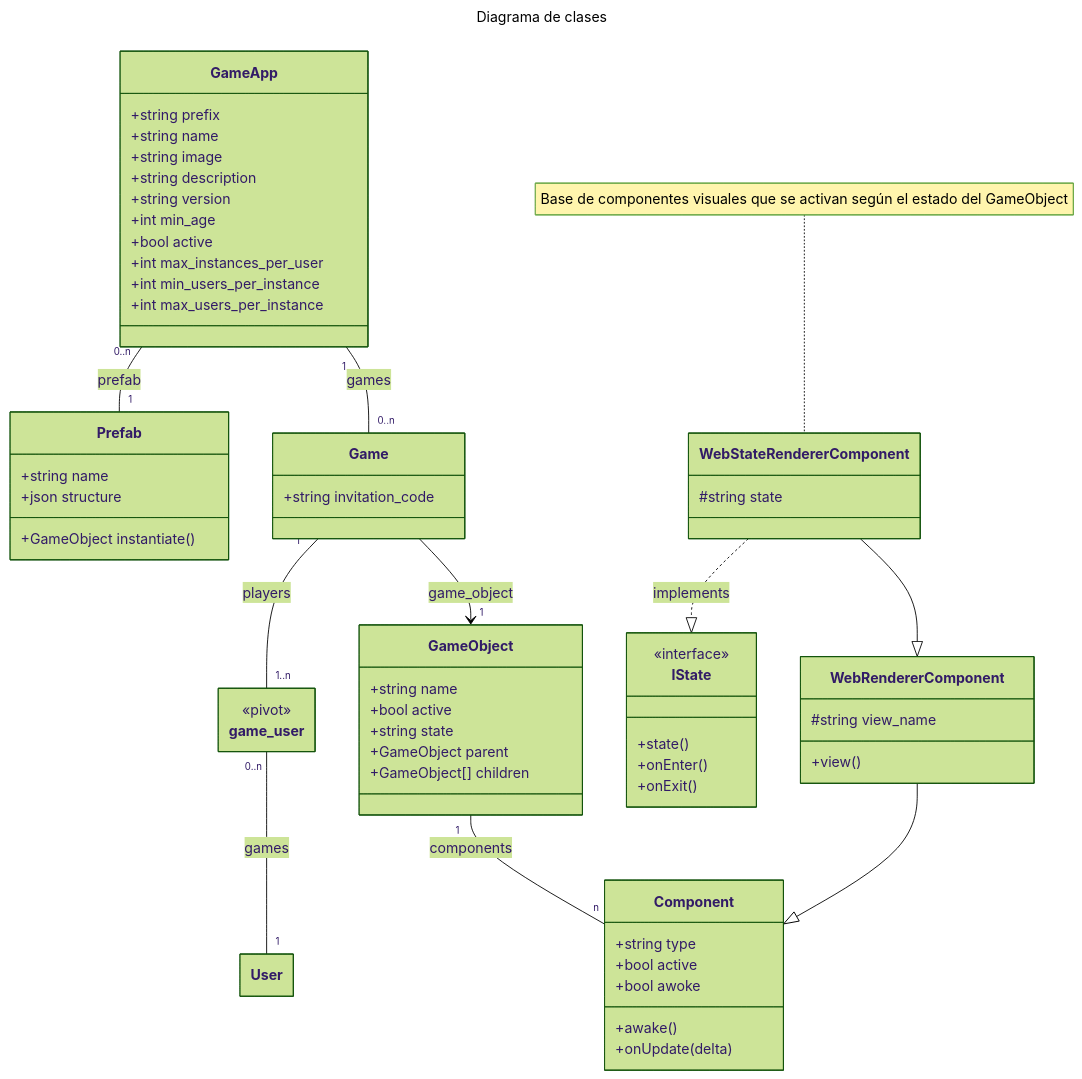
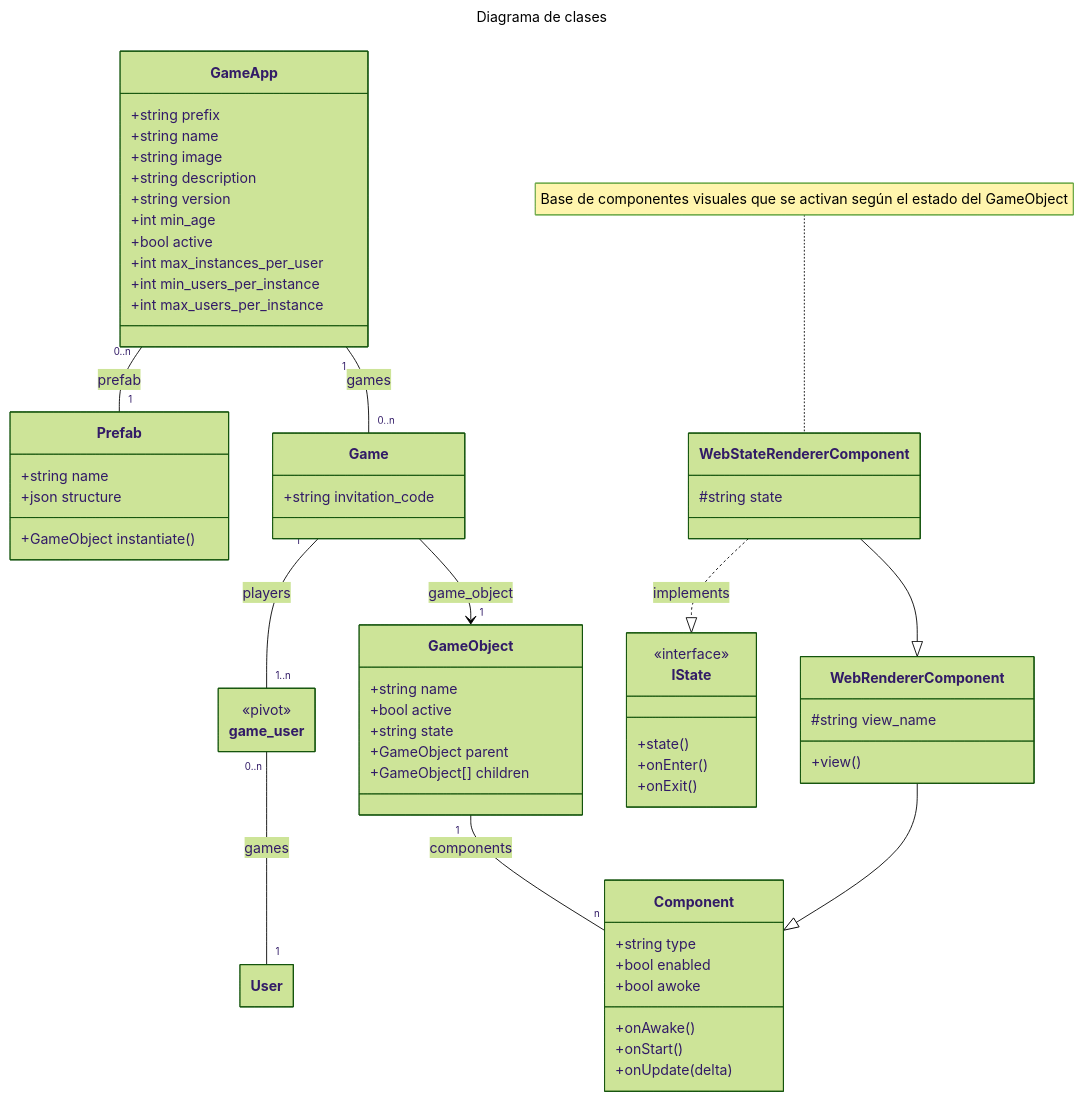
One commit to eormeno/base-project changed the first of 2 diagrams in docs/class_diagrams.md. Above: the diagram before and after it, drawn with Mermaid (forest theme). The commit also changed other lines of this file and 14 other files, not shown here.

````diff
--- a/docs/class_diagrams.md
+++ b/docs/class_diagrams.md
@@ -1,72 +1,73 @@
 ```mermaid
 ---
 title: Diagrama de clases
 config:
     class:
         hideEmptyMembersBox: true
 ---
 classDiagram
     direction TD
     note for WebStateRendererComponent "Base de componentes visuales que se activan según el estado del GameObject"
     class User {
     }
     class GameApp {
         +string prefix
         +string name
         +string image
         +string description
         +string version
         +int min_age
         +bool active
         +int max_instances_per_user
         +int min_users_per_instance
         +int max_users_per_instance
     }
     class Game {
         +string invitation_code
     }
     class game_user {
         <<pivot>>
     }
     class Prefab {
         +string name
         +json structure
         +GameObject instantiate()
     }
     class GameObject {
         +string name
         +bool active
         +string state
         +GameObject parent
         +GameObject[] children
     }
     class Component {
         +string type
-        +bool active
+        +bool enabled
         +bool awoke
-        +awake()
+        +onAwake()
+        +onStart()
         +onUpdate(delta)
     }
     class WebRendererComponent {
         #string view_name
         +view()
     }
     class WebStateRendererComponent {
         #string state
     }
     class IState {
         <<interface>>
         +state()
         +onEnter()
         +onExit()
     }
     Game --> "1" GameObject : game_object
     GameObject "1" -- "n" Component : components
     GameApp "1" -- "0..n" Game : games
     Game "1" -- "1..n" game_user : players
     GameApp "0..n" -- "1" Prefab : prefab
     game_user "0..n" -- "1" User : games
     WebRendererComponent --|> Component
     WebStateRendererComponent --|> WebRendererComponent
     WebStateRendererComponent ..|> IState : implements
 ```
````
